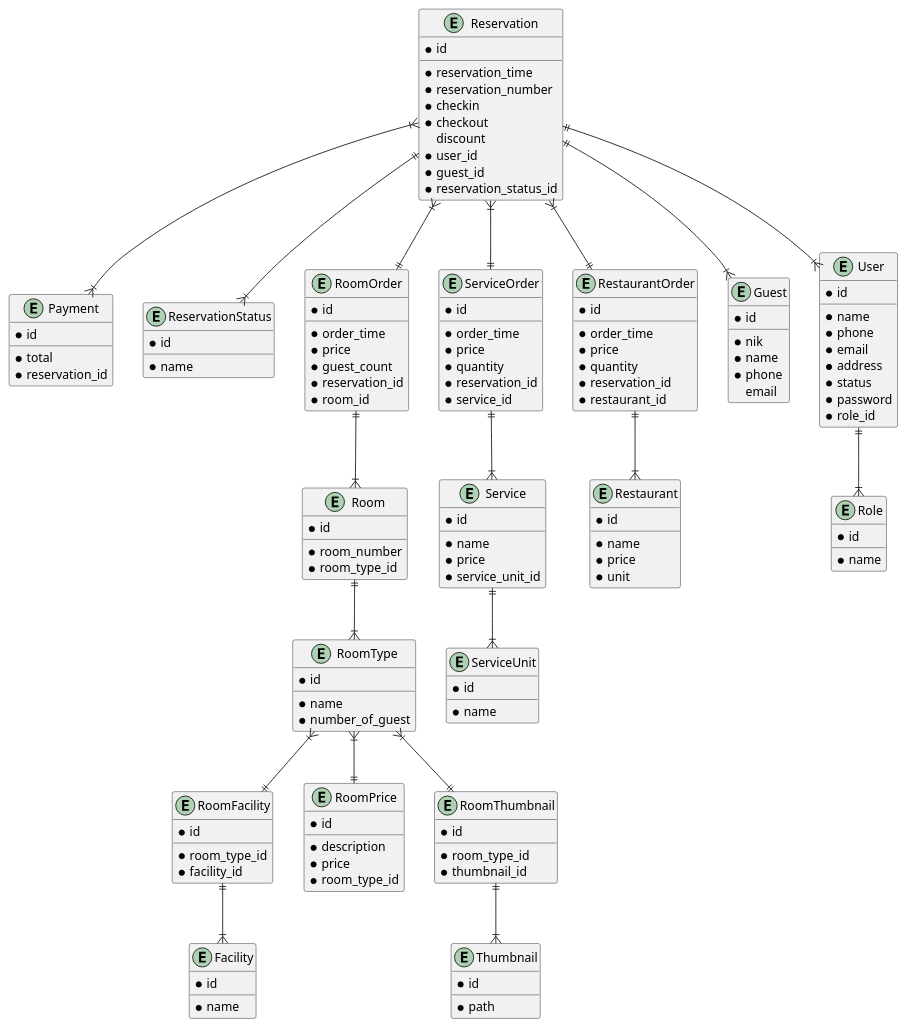
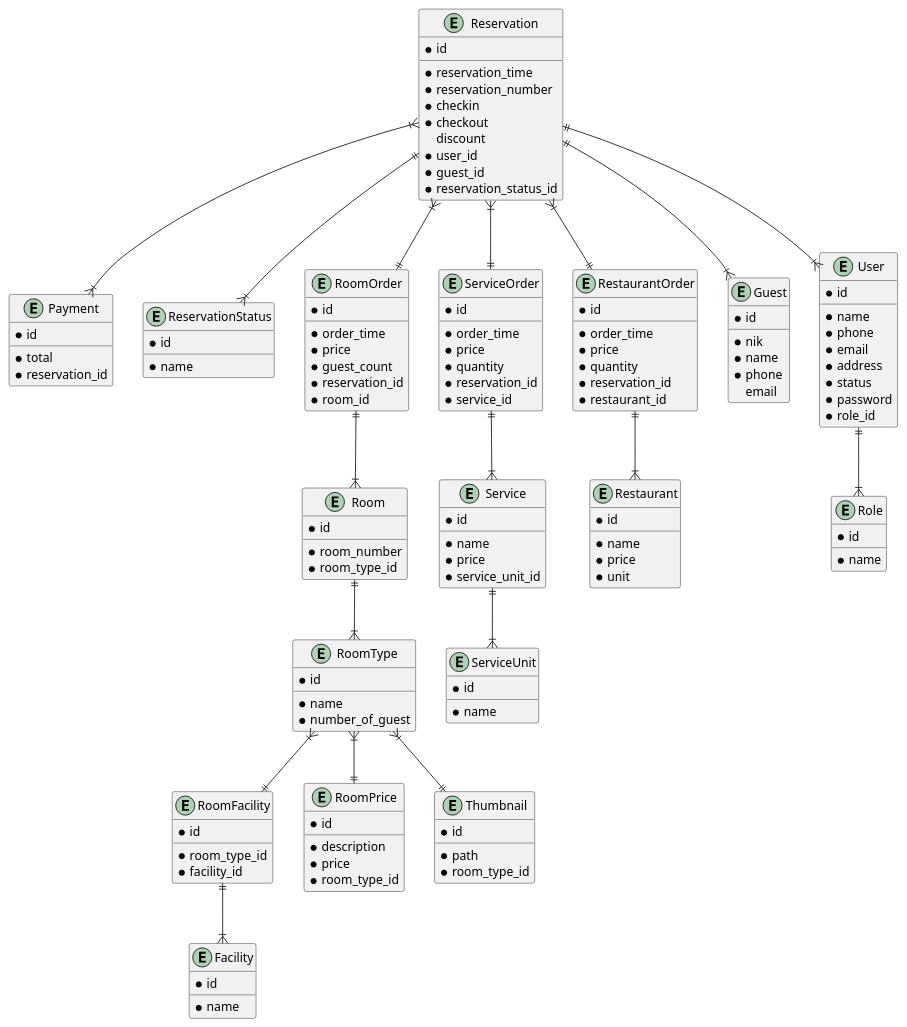
One commit to MuhammadIqbalAfandi/semuwainn changed the diagram in designs/diagrams/database.puml. Above: the diagram before and after it, drawn with PlantUML. The commit also changed 12 other files, not shown here.

Commit message:
refactor: database schema, model

```diff
--- a/designs/diagrams/database.puml
+++ b/designs/diagrams/database.puml
@@ -1,174 +1,167 @@
 @startuml SemuwainnDatabase
   entity Reservation {
     * id
     __
     * reservation_time
     * reservation_number
     * checkin
     * checkout
     discount
     * user_id
     * guest_id
     * reservation_status_id
   }
 
   entity Payment {
     * id
     __
     * total
     * reservation_id
   }
 
   entity ReservationStatus {
     * id
     __
     * name
   }
 
   entity RoomOrder {
     * id
     __
     * order_time
     * price
     * guest_count
     * reservation_id
     * room_id
   }
 
   entity ServiceOrder {
     * id
     __
     * order_time
     * price
     * quantity
     * reservation_id
     * service_id
   }
 
   entity Service {
     * id
     __
     * name
     * price
     * service_unit_id
   }
 
   entity ServiceUnit {
     * id
     __
     * name
   }
 
     entity RestaurantOrder {
     * id
     __
     * order_time
     * price
     * quantity
     * reservation_id
     * restaurant_id
   }
 
   entity Restaurant {
     * id
     __
     * name
     * price
     * unit
   }
 
   entity Guest {
     * id
     __
     * nik
     * name
     * phone
     email
   }
 
   entity User {
     * id
     __
     * name
     * phone
     * email
     * address
     * status
     * password
     * role_id
   }
 
   entity Role {
     * id
     __
     * name
   }
 
   entity RoomFacility {
     * id
     __
     * room_type_id
     * facility_id
   }
 
   entity Room {
     * id
     __
     * room_number
     * room_type_id
   }
 
   entity RoomType {
     * id
     __
     * name
     * number_of_guest
   }
 
   entity RoomPrice {
     * id
     __
     * description
     * price
     * room_type_id
   }
 
   entity Facility {
     * id
     __
     * name
   }
 
-  entity RoomThumbnail {
-    * id
-    __
-    * room_type_id
-    * thumbnail_id
-  }
-
   entity Thumbnail {
     * id
     __
     * path
+    * room_type_id
   }
 
   Reservation ||--|{ ReservationStatus
   Reservation }|--|| RestaurantOrder
   Reservation }|--|| ServiceOrder
   Reservation ||--|{ User
   Reservation ||--|{ Guest
   Reservation }|--|| RoomOrder
   Reservation }|--|{ Payment
   RoomOrder ||--|{ Room
   Room ||--|{ RoomType
   RoomType }|--|| RoomPrice
   RoomType }|--|| RoomFacility
-  RoomType }|--|| RoomThumbnail
+  RoomType }|--|| Thumbnail
   RoomFacility ||--|{ Facility
-  RoomThumbnail ||--|{ Thumbnail
   ServiceOrder ||--|{ Service
   Service ||--|{ ServiceUnit
   RestaurantOrder ||--|{ Restaurant
   User ||--|{ Role
 
 @enduml
```
